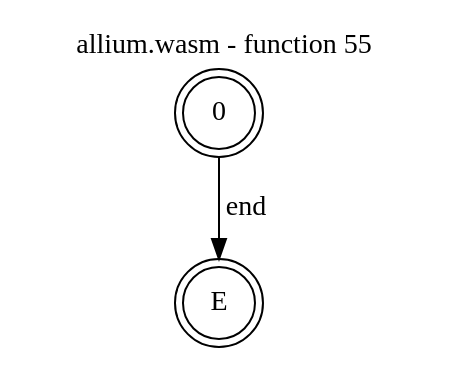
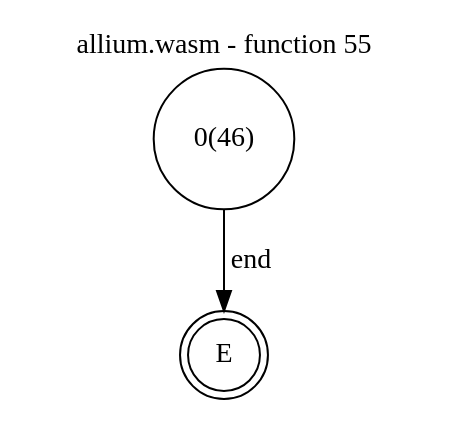
Before and after one commit to jsCarleton/wanalyze: the diagram in test_cases/allium/funcs/allium-func55.dot, drawn with Graphviz. The commit also changed 145 other files, not shown here.

```diff
--- a/test_cases/allium/funcs/allium-func55.dot
+++ b/test_cases/allium/funcs/allium-func55.dot
@@ -1,10 +1,11 @@
 digraph finite_state_machine {
     label = "allium.wasm - function 55"
     labelloc =  t
     labelfontsize = 16
     labelfontcolor = black
     labelfontname = "Helvetica"
-    node [shape = doublecircle]; 0 E ;
-    node [shape = circle];
+    node [shape = doublecircle]; E ;
+node [shape=circle, fontcolor=black, style="", label="0(46)"]0
+node [shape=circle, fontcolor=black, style="", label="E"]E
     0 -> E[label="end"];
 }
```
